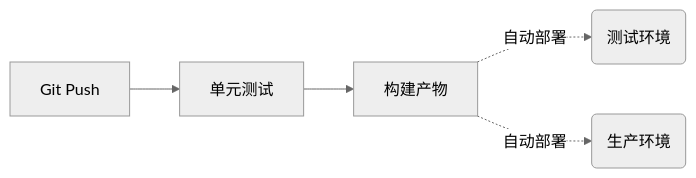
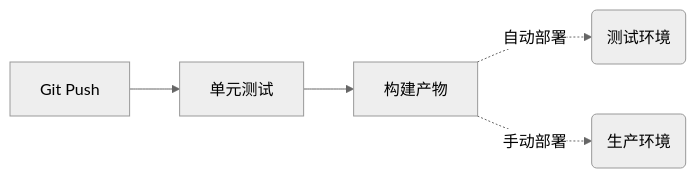
The first of 2 diagrams in src/content/blog/2023/github-workflow-cicd.mdx (Nomango/blog), drawn with Mermaid before and after one commit.

Commit message:
post: fix typo

````diff
--- a/src/content/blog/2023/github-workflow-cicd.mdx
+++ b/src/content/blog/2023/github-workflow-cicd.mdx
@@ -53,8 +53,8 @@
 ```mermaid
 %%{init: {'theme':'neutral'}}%%
 graph LR
   A[Git Push] --> B[单元测试]
   B --> C[构建产物]
   C -.-> |自动部署| E1(测试环境)
-  C -.-> |自动部署| E2(生产环境)
+  C -.-> |手动部署| E2(生产环境)
 ```
````
